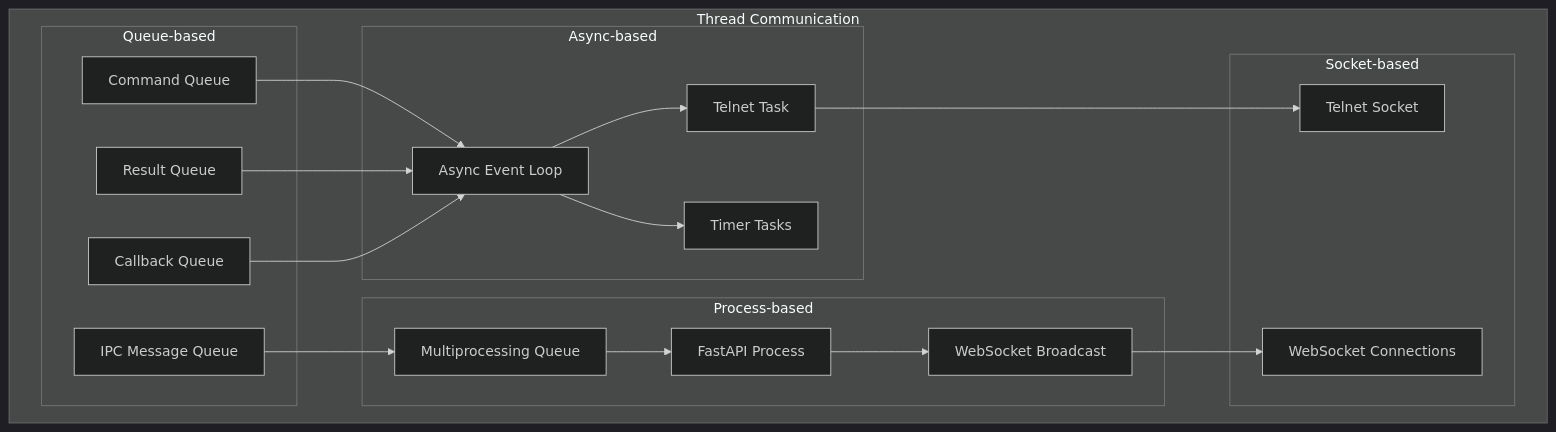
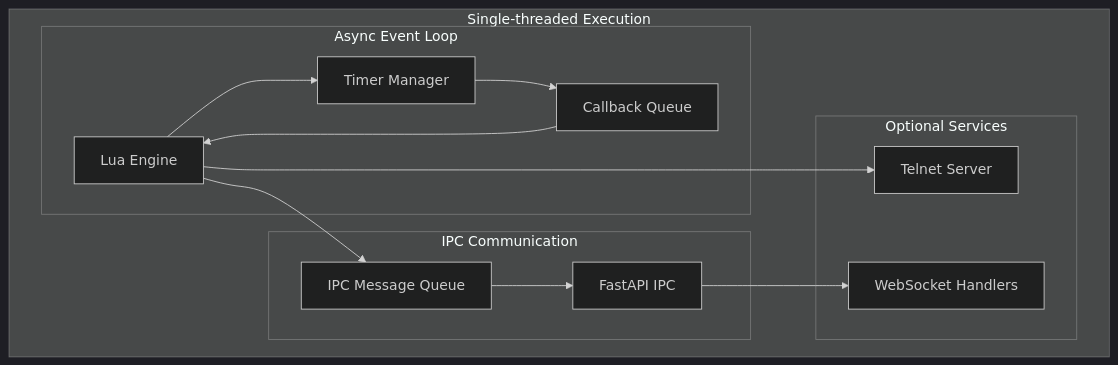
One commit to jangabrielsson/plua changed diagram 14 of 17 in ARCHITECTURE.md. Above: the diagram before and after it, drawn with Mermaid (dark theme). The commit also changed other lines of this file and 2 other files, not shown here.

Commit message:
feat(scripts): Add PLua runner script for easier execution and environment setup

````diff
--- a/ARCHITECTURE.md
+++ b/ARCHITECTURE.md
@@ -483,39 +404,28 @@
 ```mermaid
 graph TB
-    subgraph "Thread Communication"
-        subgraph "Queue-based"
-            CMD_QUEUE[Command Queue]
-            RESULT_QUEUE[Result Queue]
-            CALLBACK_QUEUE[Callback Queue]
-            IPC_QUEUE[IPC Message Queue]
+    subgraph "Single-threaded Execution"
+        subgraph "Async Event Loop"
+            LUA_ENGINE[Lua Engine]
+            TIMER_MGR[Timer Manager]
+            CALLBACK_Q[Callback Queue]
         end
         
-        subgraph "Process-based"
-            FASTAPI_PROCESS[FastAPI Process]
-            IPC_MULTIPROCESSING[Multiprocessing Queue]
-            WEBSOCKET_BROADCAST[WebSocket Broadcast]
+        subgraph "IPC Communication"
+            IPC_QUEUE[IPC Message Queue]
+            FASTAPI_IPC[FastAPI IPC]
         end
         
-        subgraph "Async-based"
-            ASYNC_LOOP[Async Event Loop]
-            TELNET_TASK[Telnet Task]
-            TIMER_TASKS[Timer Tasks]
-        end
-        
-        subgraph "Socket-based"
-            TELNET_SOCKET[Telnet Socket]
-            WEBSOCKET[WebSocket Connections]
+        subgraph "Optional Services"
+            TELNET_SERVER[Telnet Server]
+            WEB_SOCKETS[WebSocket Handlers]
         end
     end
     
-    CMD_QUEUE --> ASYNC_LOOP
-    RESULT_QUEUE --> ASYNC_LOOP
-    CALLBACK_QUEUE --> ASYNC_LOOP
-    IPC_QUEUE --> IPC_MULTIPROCESSING
-    IPC_MULTIPROCESSING --> FASTAPI_PROCESS
-    FASTAPI_PROCESS --> WEBSOCKET_BROADCAST
-    WEBSOCKET_BROADCAST --> WEBSOCKET
-    ASYNC_LOOP --> TELNET_TASK
-    ASYNC_LOOP --> TIMER_TASKS
-    TELNET_TASK --> TELNET_SOCKET
+    LUA_ENGINE --> TIMER_MGR
+    TIMER_MGR --> CALLBACK_Q
+    CALLBACK_Q --> LUA_ENGINE
+    LUA_ENGINE --> IPC_QUEUE
+    IPC_QUEUE --> FASTAPI_IPC
+    LUA_ENGINE --> TELNET_SERVER
+    FASTAPI_IPC --> WEB_SOCKETS
 ```
````
